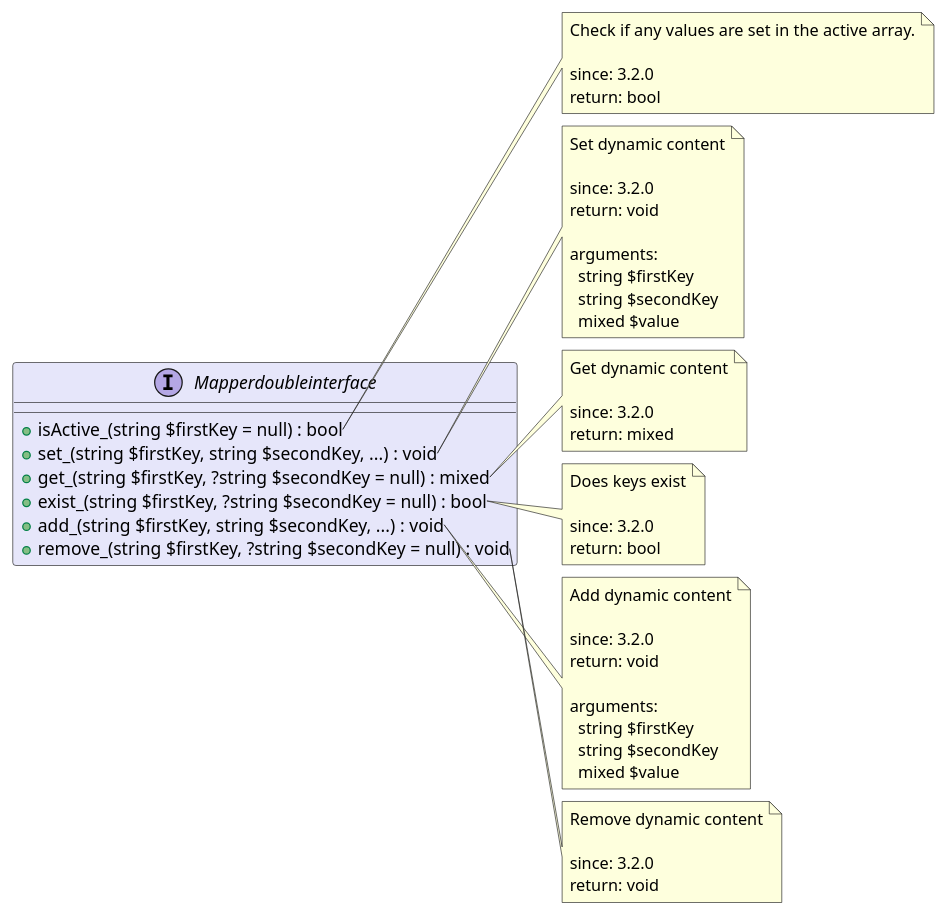
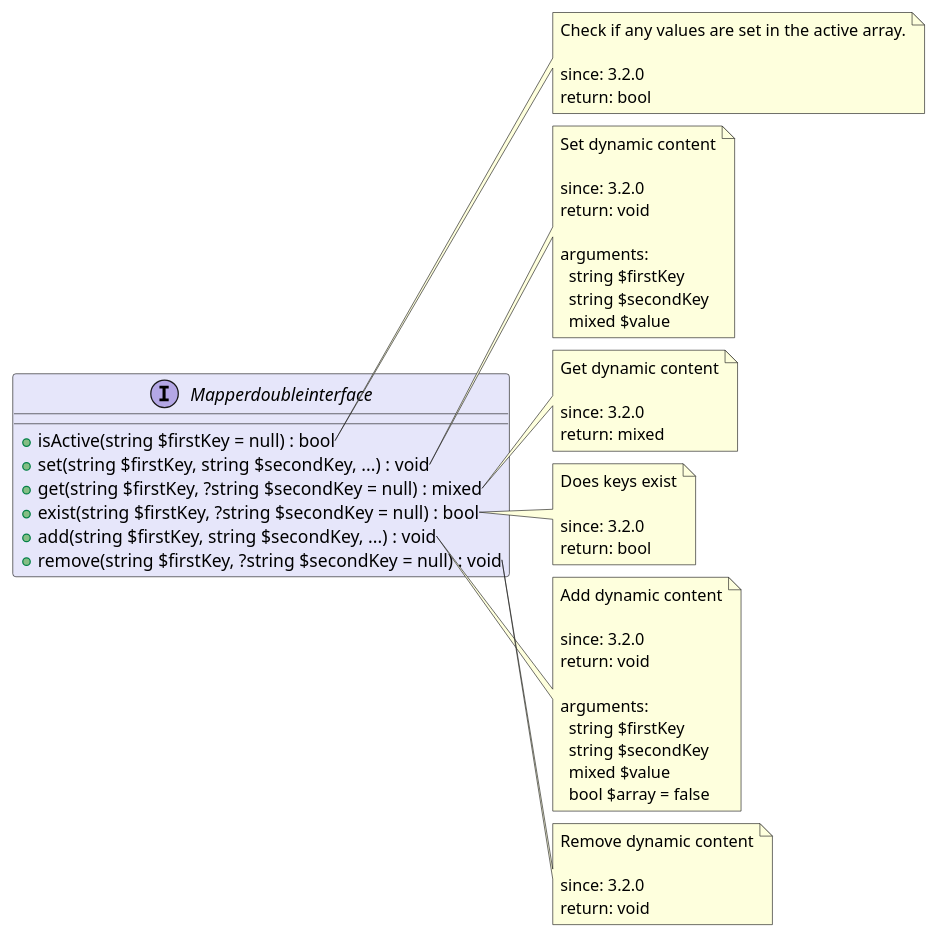
Before and after one commit to joomengine/jcb-compiler: the diagram in src/fbc58009-fa16-4d49-a0dd-419c3b62d42f/README.md, drawn with PlantUML. The commit also changed 725 other files, not shown here.

````diff
--- a/src/fbc58009-fa16-4d49-a0dd-419c3b62d42f/README.md
+++ b/src/fbc58009-fa16-4d49-a0dd-419c3b62d42f/README.md
@@ -11,65 +11,66 @@
 ```uml
 @startuml
 interface Mapperdoubleinterface  #Lavender {
-  + isActive_(string $firstKey = null) : bool
-  + set_(string $firstKey, string $secondKey, ...) : void
-  + get_(string $firstKey, ?string $secondKey = null) : mixed
-  + exist_(string $firstKey, ?string $secondKey = null) : bool
-  + add_(string $firstKey, string $secondKey, ...) : void
-  + remove_(string $firstKey, ?string $secondKey = null) : void
+  + isActive(string $firstKey = null) : bool
+  + set(string $firstKey, string $secondKey, ...) : void
+  + get(string $firstKey, ?string $secondKey = null) : mixed
+  + exist(string $firstKey, ?string $secondKey = null) : bool
+  + add(string $firstKey, string $secondKey, ...) : void
+  + remove(string $firstKey, ?string $secondKey = null) : void
 }
 
-note right of Mapperdoubleinterface::isActive_
+note right of Mapperdoubleinterface::isActive
   Check if any values are set in the active array.
 
   since: 3.2.0
   return: bool
 end note
 
-note right of Mapperdoubleinterface::set_
+note right of Mapperdoubleinterface::set
   Set dynamic content
 
   since: 3.2.0
   return: void
   
   arguments:
     string $firstKey
     string $secondKey
     mixed $value
 end note
 
-note right of Mapperdoubleinterface::get_
+note right of Mapperdoubleinterface::get
   Get dynamic content
 
   since: 3.2.0
   return: mixed
 end note
 
-note right of Mapperdoubleinterface::exist_
+note right of Mapperdoubleinterface::exist
   Does keys exist
 
   since: 3.2.0
   return: bool
 end note
 
-note right of Mapperdoubleinterface::add_
+note right of Mapperdoubleinterface::add
   Add dynamic content
 
   since: 3.2.0
   return: void
   
   arguments:
     string $firstKey
     string $secondKey
     mixed $value
+    bool $array = false
 end note
 
-note right of Mapperdoubleinterface::remove_
+note right of Mapperdoubleinterface::remove
   Remove dynamic content
 
   since: 3.2.0
   return: void
 end note
  
 @enduml
 ```
````
